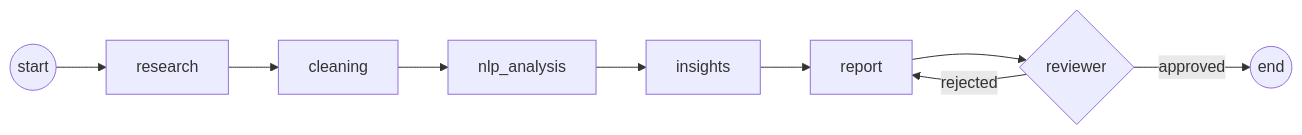
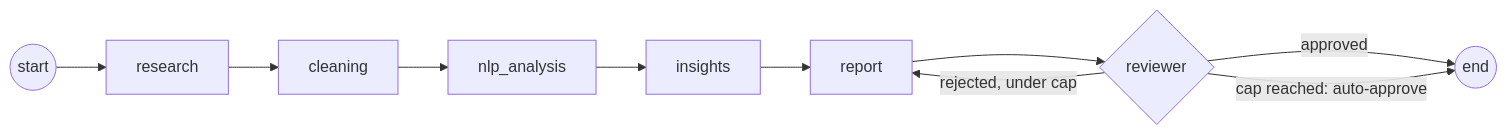
One commit to Abhi7488-VIT/AgentFlow changed the second of 5 diagrams in ARCHITECTURE.md. Above: the diagram before and after it, drawn with Mermaid. The commit also changed other lines of this file, not shown here.

First line of the commit message:
docs(architecture): document the RAG, scheduling and observability layers

````diff
--- a/ARCHITECTURE.md
+++ b/ARCHITECTURE.md
@@ -122,11 +149,12 @@
 ```mermaid
 flowchart LR
     S((start)) --> R[research]
     R --> C[cleaning]
     C --> N[nlp_analysis]
     N --> I[insights]
     I --> RP[report]
     RP --> RV{reviewer}
     RV -->|approved| E((end))
-    RV -->|rejected| RP
+    RV -->|"rejected, under cap"| RP
+    RV -->|"cap reached: auto-approve"| E
 ```
````
